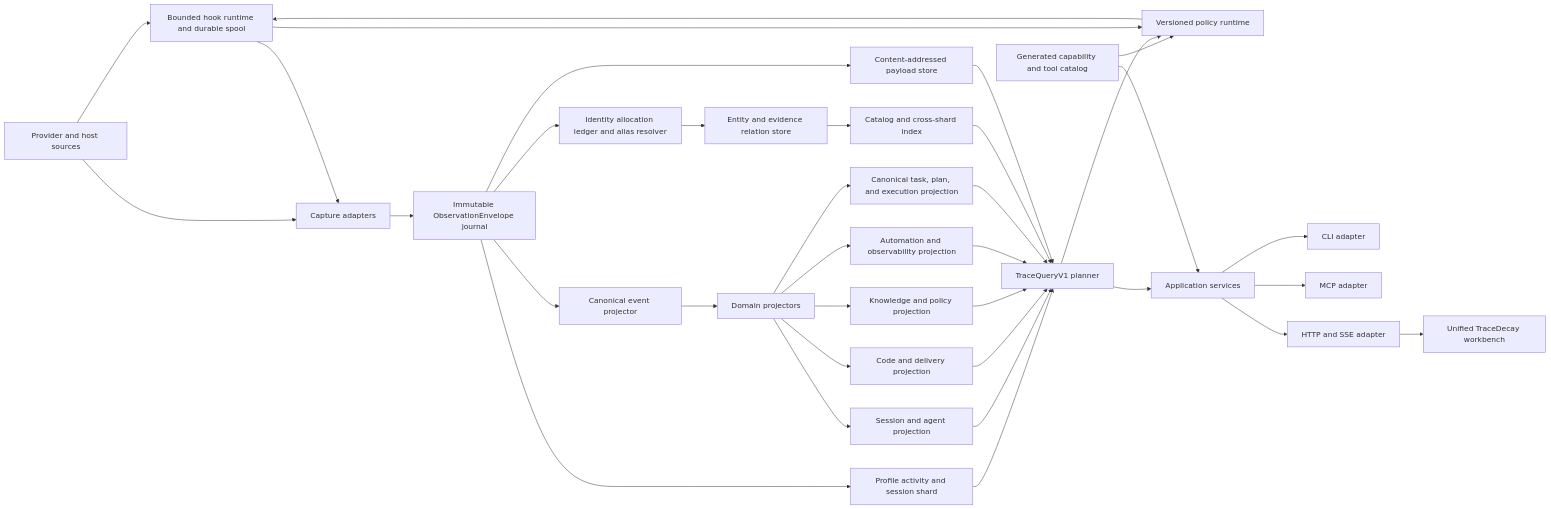
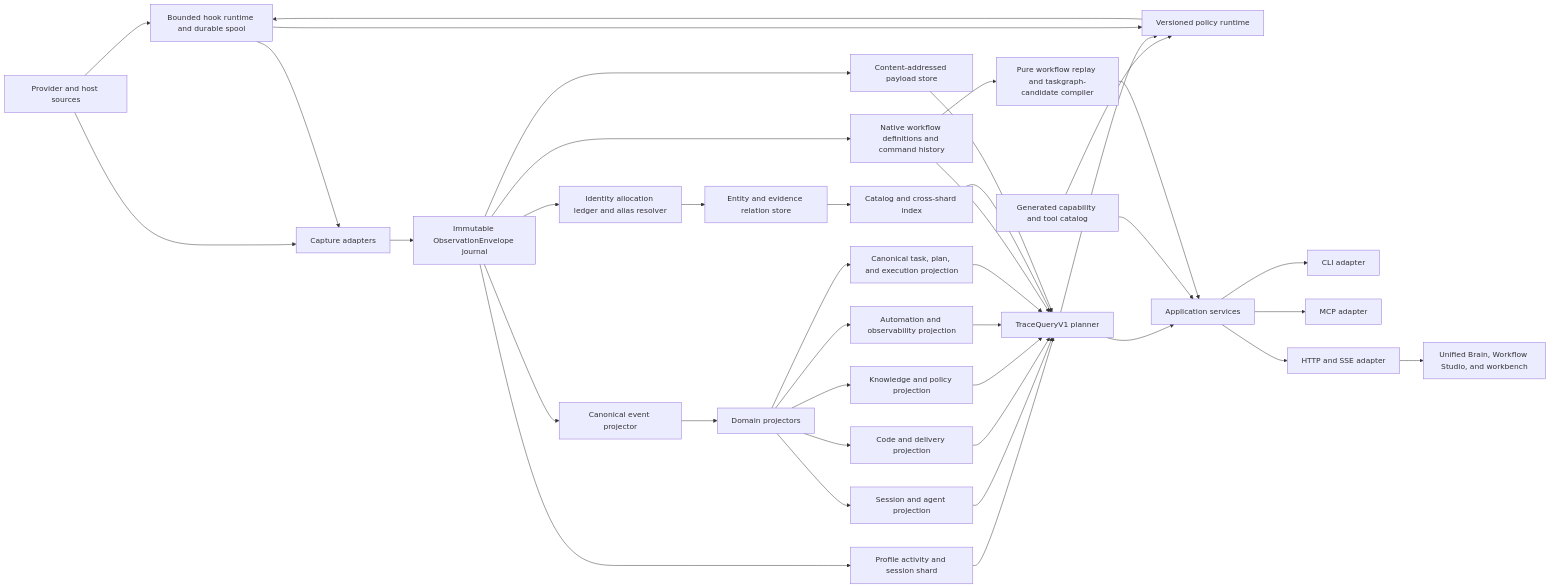
One commit to ScriptedAlchemy/tracedecay changed the diagram in docs/plans/2026-07-09-tracedecay-brain-rewrite.md. Above: the diagram before and after it, drawn with Mermaid. The commit also changed other lines of this file and 23 other files, not shown here.

````diff
--- a/docs/plans/2026-07-09-tracedecay-brain-rewrite.md
+++ b/docs/plans/2026-07-09-tracedecay-brain-rewrite.md
@@ -369,37 +370,41 @@
 ```mermaid
 flowchart LR
     A["Provider and host sources"] --> U["Bounded hook runtime and durable spool"]
     A --> B["Capture adapters"]
     U --> B
     B --> C["Immutable ObservationEnvelope journal"]
     C --> D["Identity allocation ledger and alias resolver"]
     C --> E["Canonical event projector"]
     D --> F["Entity and evidence relation store"]
     E --> G["Domain projectors"]
     G --> H["Session and agent projection"]
     G --> I["Code and delivery projection"]
     G --> J["Knowledge and policy projection"]
     G --> K["Automation and observability projection"]
     G --> X["Canonical task, plan, and execution projection"]
+    C --> Y["Native workflow definitions and command history"]
     C --> L["Content-addressed payload store"]
     F --> M["Catalog and cross-shard index"]
     C --> T["Profile activity and session shard"]
     T --> N
     H --> N["TraceQueryV1 planner"]
     I --> N
     J --> N
     K --> N
     X --> N
+    Y --> N
     M --> N
     L --> N
     W["Generated capability and tool catalog"] --> V["Versioned policy runtime"]
     N --> V
     U --> V
     V --> U
     N --> O["Application services"]
     W --> O
+    Y --> Z["Pure workflow replay and taskgraph-candidate compiler"]
+    Z --> O
     O --> P["CLI adapter"]
     O --> Q["MCP adapter"]
     O --> R["HTTP and SSE adapter"]
-    R --> S["Unified TraceDecay workbench"]
+    R --> S["Unified Brain, Workflow Studio, and workbench"]
 ```
````
